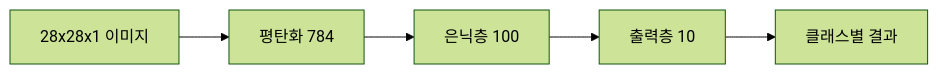
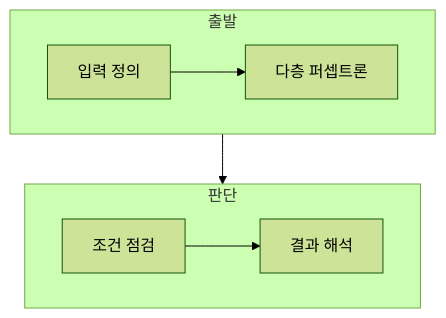
Before and after one commit to umyunsang/edu: the diagram in ComputerScience/03_ai-ml-data/artificial-intelligence/notes/01. MLP 실습 - 모델 구성.md, drawn with Mermaid (forest theme). The commit also changed other lines of this file and 20 other files, not shown here.

````diff
--- a/ComputerScience/03_ai-ml-data/artificial-intelligence/notes/01. MLP 실습 - 모델 구성.md
+++ b/ComputerScience/03_ai-ml-data/artificial-intelligence/notes/01. MLP 실습 - 모델 구성.md
@@ -20,7 +23,12 @@
 ```mermaid
-flowchart LR
-  A[28x28x1 이미지] --> B[평탄화 784]
-  B --> C[은닉층 100]
-  C --> D[출력층 10]
-  D --> E[클래스별 결과]
+flowchart TB
+    subgraph Input[출발]
+        direction LR
+        A[입력 정의] --> B[다층 퍼셉트론]
+    end
+    subgraph Decision[판단]
+        direction LR
+        C[조건 점검] --> D[결과 해석]
+    end
+    B --> C
 ```
````
